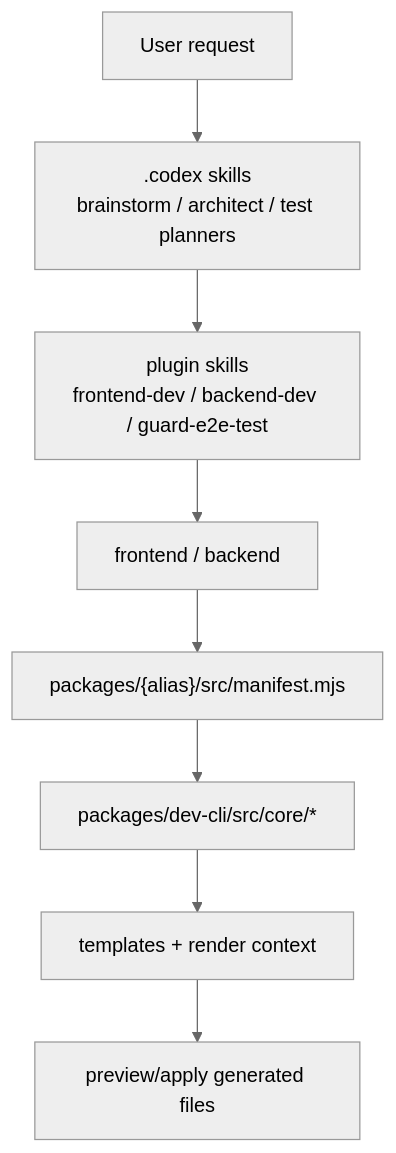
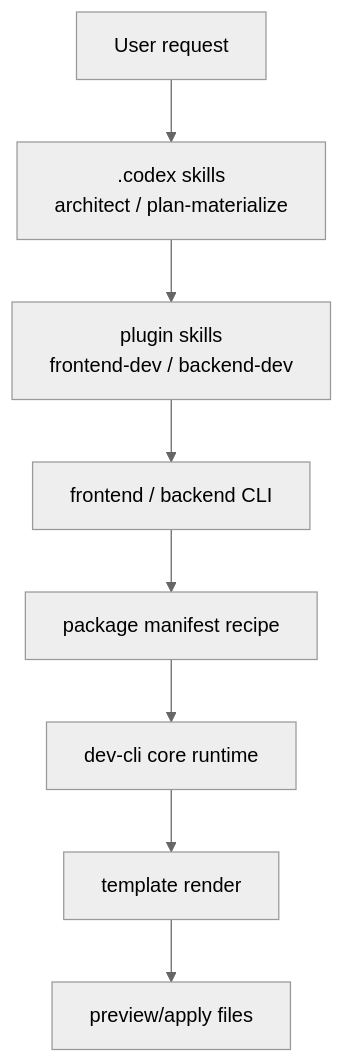
Before and after one commit to SeoJaeWan/try-claude-code: the ninth of 14 diagrams in docs/claude-code-workflow-evolution.md, drawn with Mermaid (neutral theme). The commit also changed other lines of this file and 1 other file, not shown here.

````diff
--- a/docs/claude-code-workflow-evolution.md
+++ b/docs/claude-code-workflow-evolution.md
@@ -447,19 +451,13 @@
 ```mermaid
 flowchart TD
     U["User request"]
-    PLAN[".codex skills<br/>brainstorm / architect / test planners"]
-    PSK["plugin skills<br/>frontend-dev / backend-dev / guard-e2e-test"]
-    CLI["frontend / backend"]
-    MANIFEST["packages/{alias}/src/manifest.mjs"]
-    CORE["packages/dev-cli/src/core/*"]
-    TEMPLATE["templates + render context"]
-    OUT["preview/apply generated files"]
+    PLAN[".codex skills<br/>architect / plan-materialize"]
+    PSK["plugin skills<br/>frontend-dev / backend-dev"]
+    CLI["frontend / backend CLI"]
+    MANIFEST["package manifest recipe"]
+    CORE["dev-cli core runtime"]
+    TEMPLATE["template render"]
+    OUT["preview/apply files"]
 
-    U --> PLAN
-    PLAN --> PSK
-    PSK --> CLI
-    CLI --> MANIFEST
-    MANIFEST --> CORE
-    CORE --> TEMPLATE
-    TEMPLATE --> OUT
+    U --> PLAN --> PSK --> CLI --> MANIFEST --> CORE --> TEMPLATE --> OUT
 ```
````
